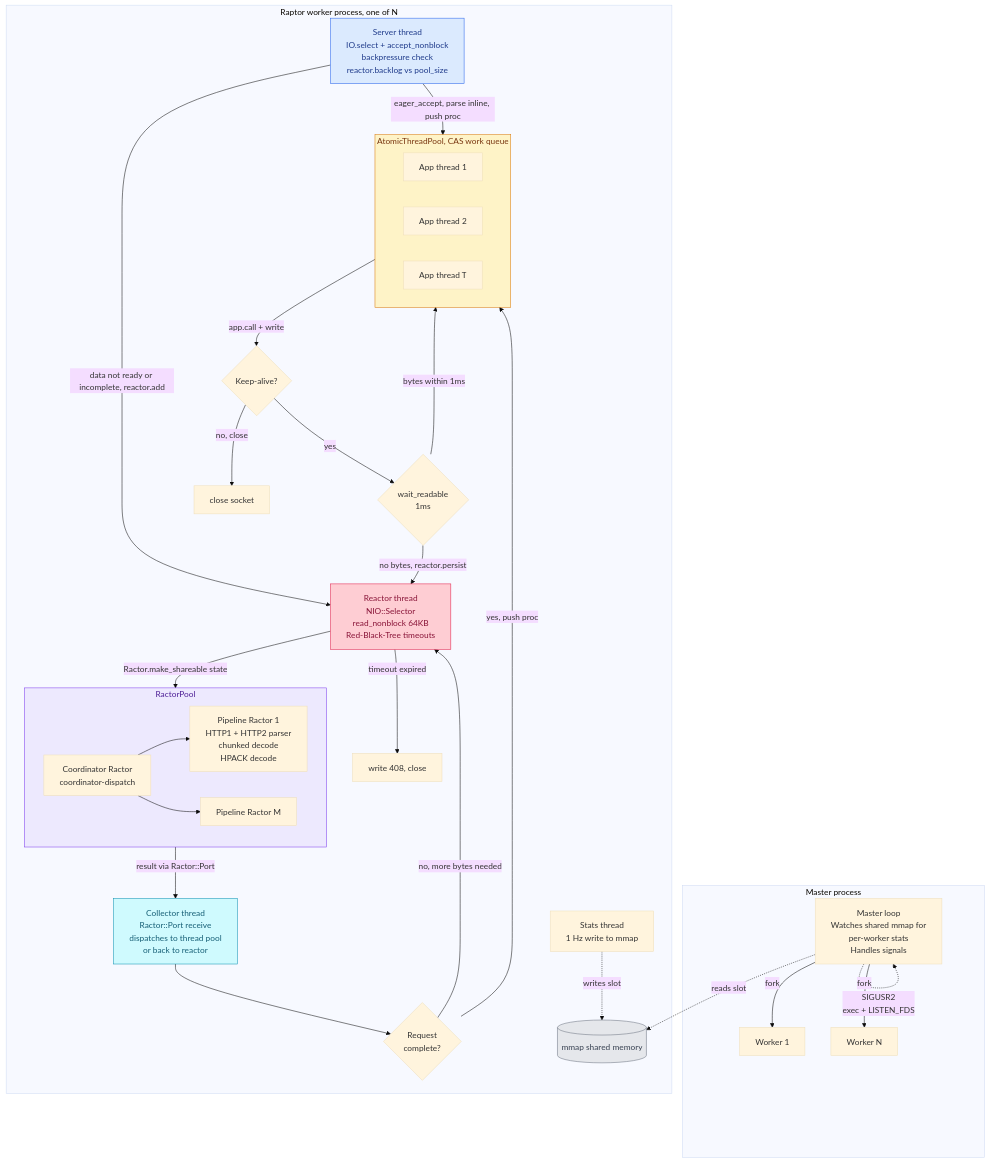
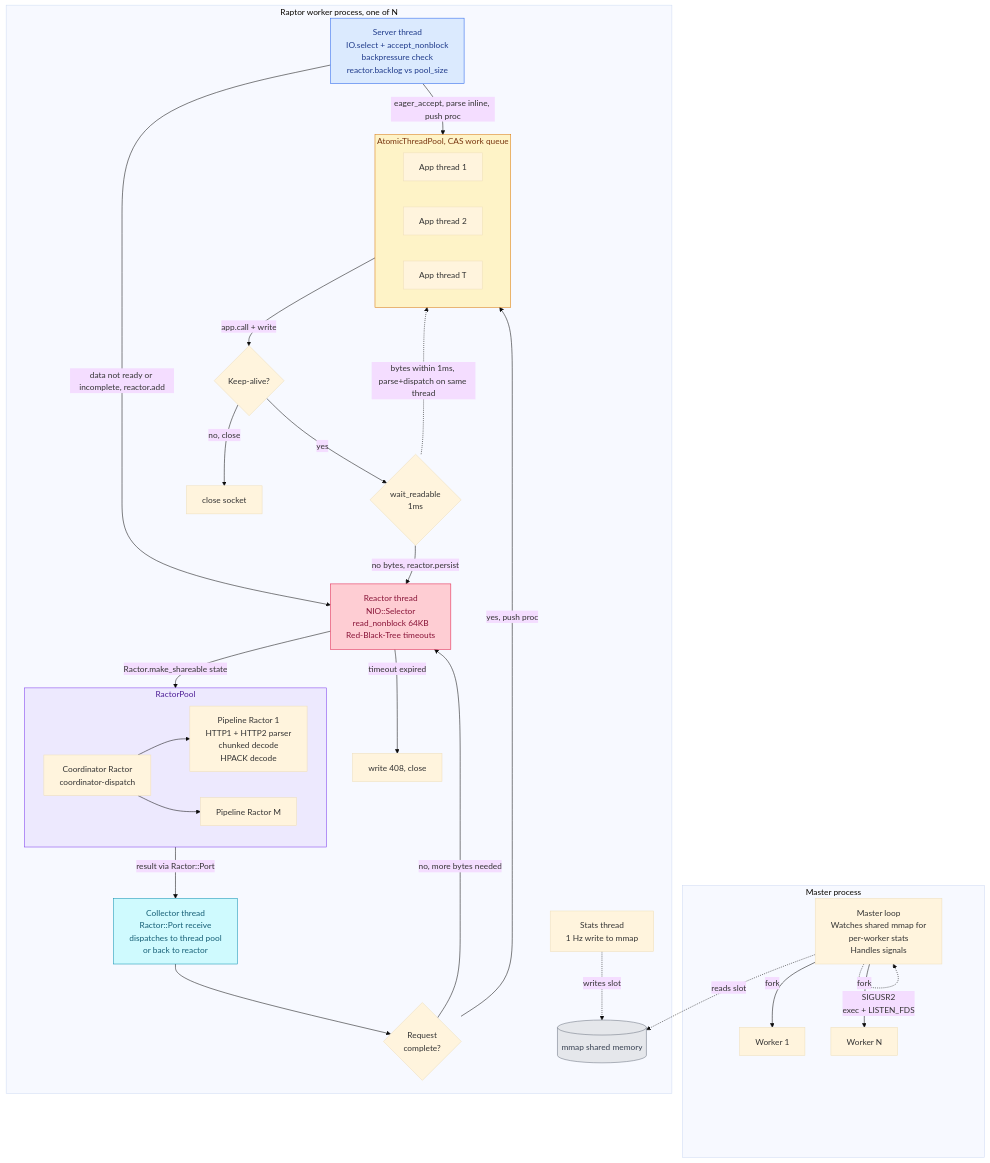
Before and after one commit to joshuay03/raptor: the second of 4 diagrams in docs/raptor-vs-puma.md, drawn with Mermaid (base theme). The commit also changed other lines of this file, not shown here.

````diff
--- a/docs/raptor-vs-puma.md
+++ b/docs/raptor-vs-puma.md
@@ -300,68 +309,68 @@
 ```mermaid
 flowchart TB
     subgraph Master["Master process"]
         MM["Master loop<br/>Watches shared mmap for<br/>per-worker stats<br/>Handles signals"]
         MM -->|"fork"| WK1["Worker 1"]
         MM -->|"fork"| WKN["Worker N"]
         MM -.->|"SIGUSR2<br/>exec + LISTEN_FDS"| MM
     end
 
     subgraph Worker["Raptor worker process, one of N"]
         SRV["Server thread<br/>IO.select + accept_nonblock<br/>backpressure check<br/>reactor.backlog vs pool_size"]
 
         RCT["Reactor thread<br/>NIO::Selector<br/>read_nonblock 64KB<br/>Red-Black-Tree timeouts"]
 
         subgraph RP["RactorPool"]
             CRD["Coordinator Ractor<br/>coordinator-dispatch"]
             RW1["Pipeline Ractor 1<br/>HTTP1 + HTTP2 parser<br/>chunked decode<br/>HPACK decode"]
             RWM["Pipeline Ractor M"]
             CRD --> RW1
             CRD --> RWM
         end
 
         COL["Collector thread<br/>Ractor::Port receive<br/>dispatches to thread pool<br/>or back to reactor"]
 
         subgraph ATP["AtomicThreadPool, CAS work queue"]
             TR1["App thread 1"]
             TR2["App thread 2"]
             TR3["App thread T"]
         end
 
         STA["Stats thread<br/>1 Hz write to mmap"]
 
         CHK{"Request<br/>complete?"}
         KA{"Keep-alive?"}
         EAG{"wait_readable<br/>1ms"}
 
         SRV -->|"eager_accept, parse inline, push proc"| ATP
         SRV -->|"data not ready or incomplete, reactor.add"| RCT
         RCT -->|"Ractor.make_shareable state"| RP
         RP -->|"result via Ractor::Port"| COL
         COL --> CHK
         CHK -->|"no, more bytes needed"| RCT
         CHK -->|"yes, push proc"| ATP
         ATP -->|"app.call + write"| KA
         KA -->|"no, close"| CLS["close socket"]
         KA -->|"yes"| EAG
-        EAG -->|"bytes within 1ms"| ATP
+        EAG -.->|"bytes within 1ms, parse+dispatch on same thread"| ATP
         EAG -->|"no bytes, reactor.persist"| RCT
         RCT -->|"timeout expired"| TO["write 408, close"]
 
         STA -.->|"writes slot"| SHM[("mmap shared memory")]
     end
 
     MM -.->|"reads slot"| SHM
 
     classDef accept fill:#dbeafe,stroke:#2563eb,color:#1e3a8a
     classDef reactor fill:#fecdd3,stroke:#e11d48,color:#881337
     classDef parse fill:#ede9fe,stroke:#7c3aed,color:#4c1d95
     classDef pool fill:#fef3c7,stroke:#d97706,color:#78350f
     classDef collector fill:#cffafe,stroke:#0891b2,color:#155e75
     classDef storage fill:#e5e7eb,stroke:#6b7280,color:#374151
     class SRV accept
     class RCT reactor
     class RP parse
     class ATP pool
     class COL collector
     class SHM storage
 ```
````
